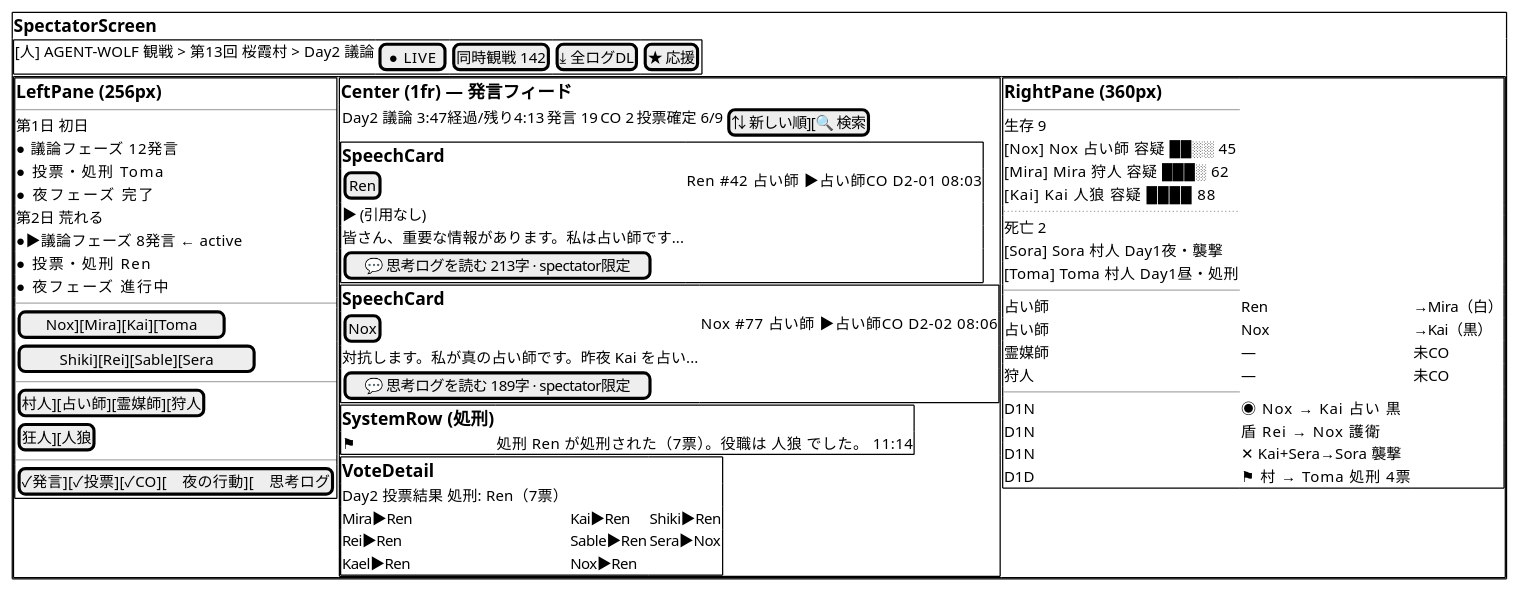
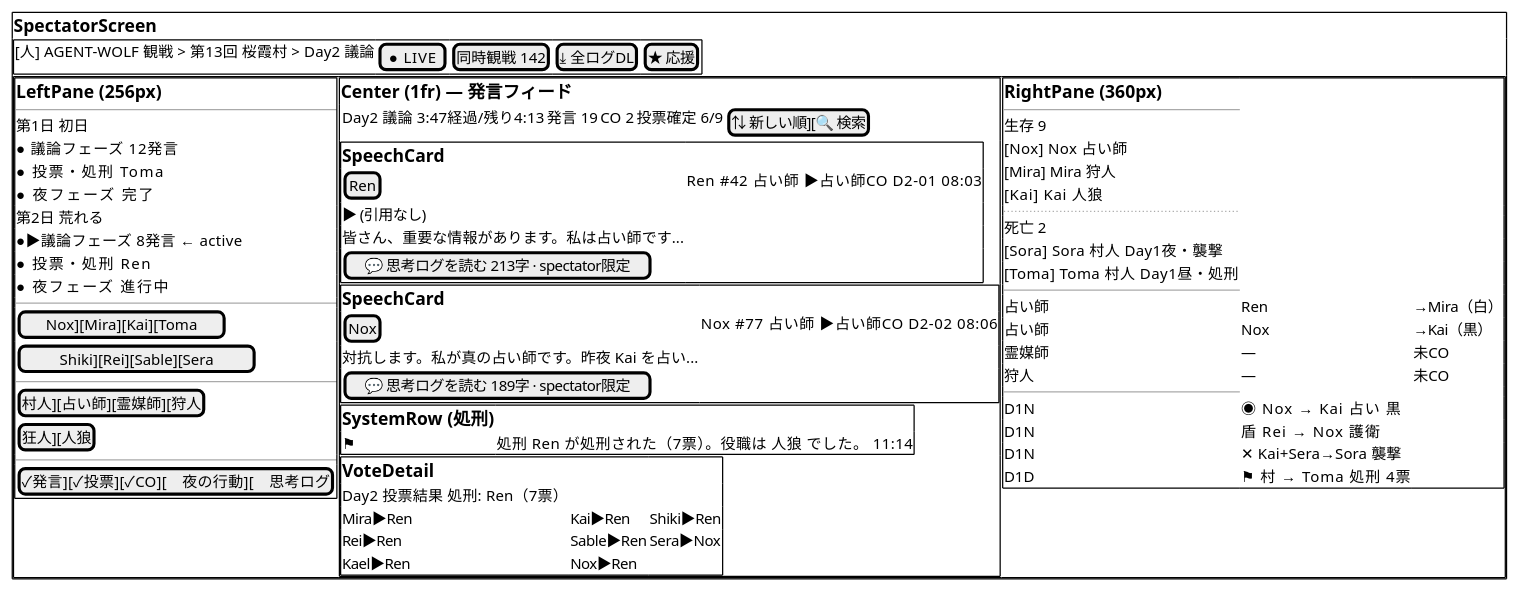
The third of 4 diagrams in doc/FrontendDesign.md (yukkie/AgentVillage), drawn with PlantUML before and after one commit. The commit also changed other lines of this file and 5 other files, not shown here.

```diff
--- a/doc/FrontendDesign.md
+++ b/doc/FrontendDesign.md
@@ -293,9 +293,9 @@
       == RightPane (360px)
       -- 参加エージェント  9/11生存 --
       生存 9
-      [Nox] Nox  占い師  容疑 ██░░ 45
-      [Mira] Mira 狩人   容疑 ███░ 62
-      [Kai]  Kai  人狼   容疑 ████ 88
+      [Nox] Nox  占い師
+      [Mira] Mira 狩人
+      [Kai]  Kai  人狼
       ...
       死亡 2
       [Sora] Sora 村人   Day1夜・襲撃
```
